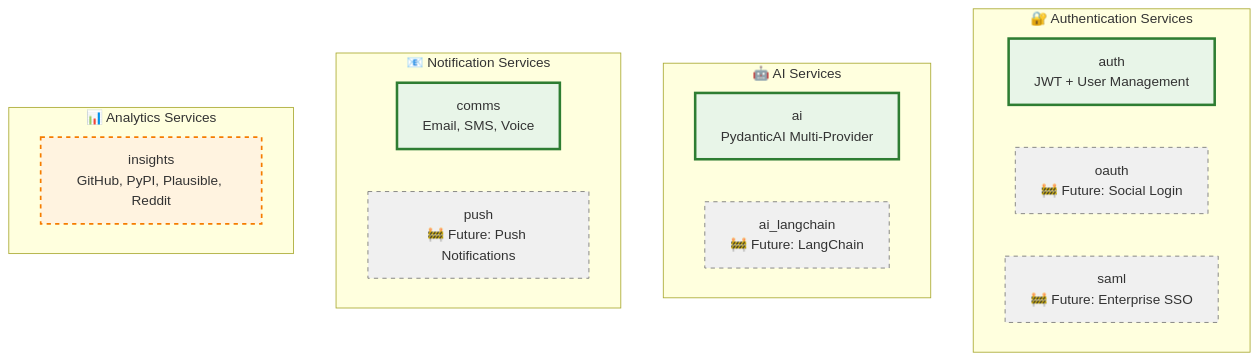
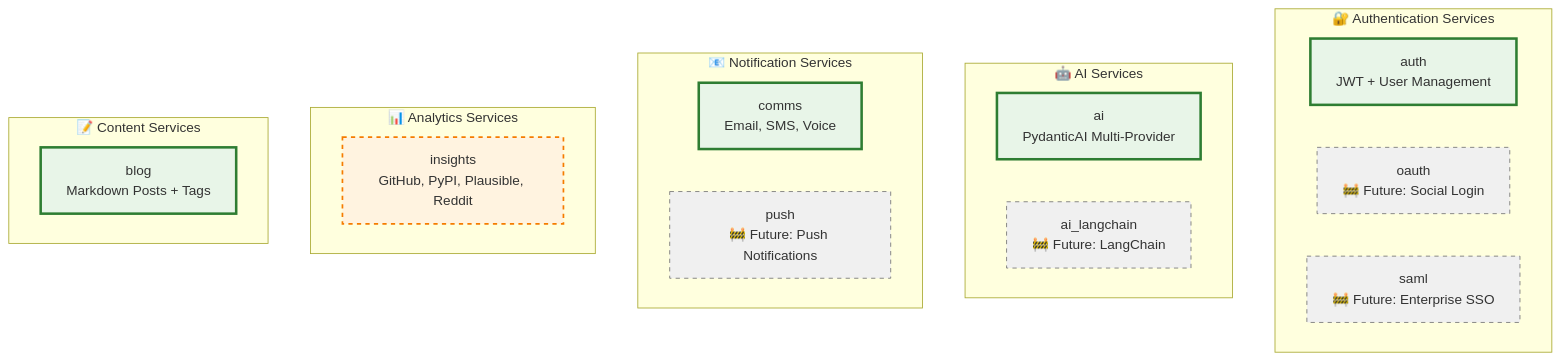
One commit to bhardwajRahul/aegis-stack changed the third of 4 diagrams in docs/services/index.md. Above: the diagram before and after it, drawn with Mermaid. The commit also changed other lines of this file and 94 other files, not shown here.

Commit message:
Blog Service

````diff
--- a/docs/services/index.md
+++ b/docs/services/index.md
@@ -137,31 +142,36 @@
 ```mermaid
 graph TB
     subgraph "🔐 Authentication Services"
         AuthJWT[auth<br/>JWT + User Management]
         AuthOAuth[oauth<br/>🚧 Future: Social Login]
         AuthSAML[saml<br/>🚧 Future: Enterprise SSO]
     end
 
     subgraph "🤖 AI Services"
         AIPydantic[ai<br/>PydanticAI Multi-Provider]
         AILangChain[ai_langchain<br/>🚧 Future: LangChain]
     end
 
     subgraph "📧 Notification Services"
         CommsService[comms<br/>Email, SMS, Voice]
         Push[push<br/>🚧 Future: Push Notifications]
     end
 
     subgraph "📊 Analytics Services"
         InsightsService[insights<br/>GitHub, PyPI, Plausible, Reddit]
     end
 
+    subgraph "📝 Content Services"
+        BlogService[blog<br/>Markdown Posts + Tags]
+    end
+
     style AuthJWT fill:#e8f5e8,stroke:#2e7d32,stroke-width:3px
     style AuthOAuth fill:#f0f0f0,stroke:#757575,stroke-dasharray: 5 5
     style AuthSAML fill:#f0f0f0,stroke:#757575,stroke-dasharray: 5 5
     style AIPydantic fill:#e8f5e8,stroke:#2e7d32,stroke-width:3px
     style AILangChain fill:#f0f0f0,stroke:#757575,stroke-dasharray: 5 5
     style CommsService fill:#e8f5e8,stroke:#2e7d32,stroke-width:3px
     style Push fill:#f0f0f0,stroke:#757575,stroke-dasharray: 5 5
     style InsightsService fill:#fff3e0,stroke:#f57c00,stroke-width:2px,stroke-dasharray: 5 5
+    style BlogService fill:#e8f5e8,stroke:#2e7d32,stroke-width:3px
 ```
````
